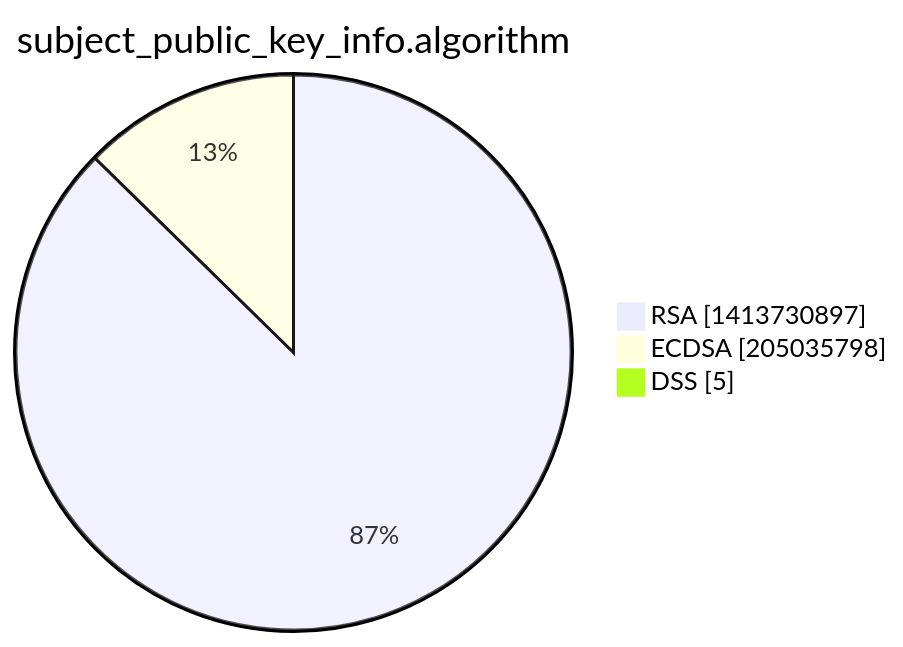
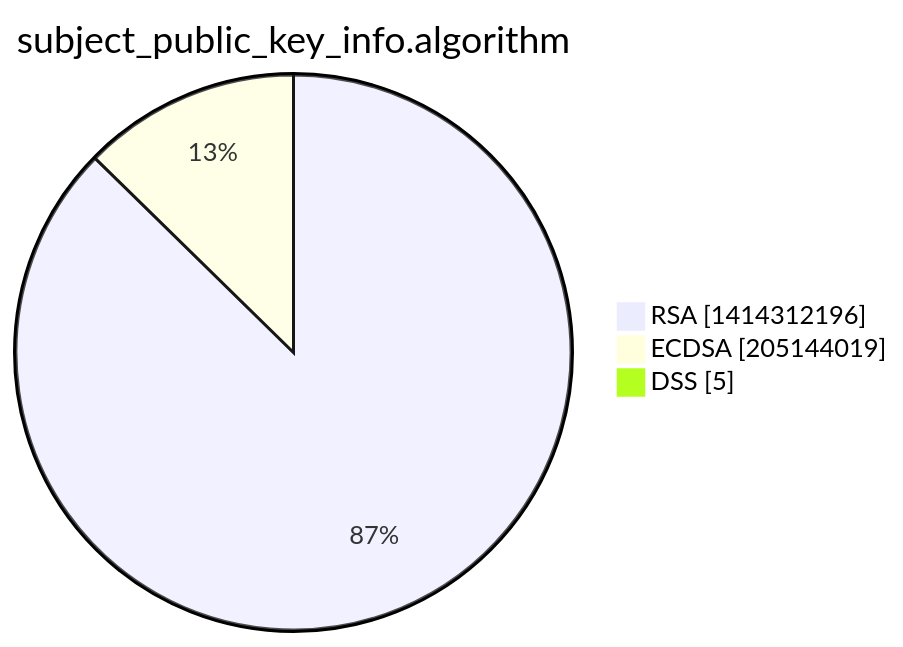
Before and after one commit to christiankrug/ctmonitor_visualization: the third of 15 diagrams in xenon2022/README.md, drawn with Mermaid. The commit also changed other lines of this file, not shown here.

````diff
--- a/xenon2022/README.md
+++ b/xenon2022/README.md
@@ -14,7 +14,7 @@
 ```mermaid
 pie showData
 title subject_public_key_info.algorithm
-"RSA" :1413730897
-"ECDSA" :205035798
+"RSA" :1414312196
+"ECDSA" :205144019
 "DSS" :5
 ```
````
